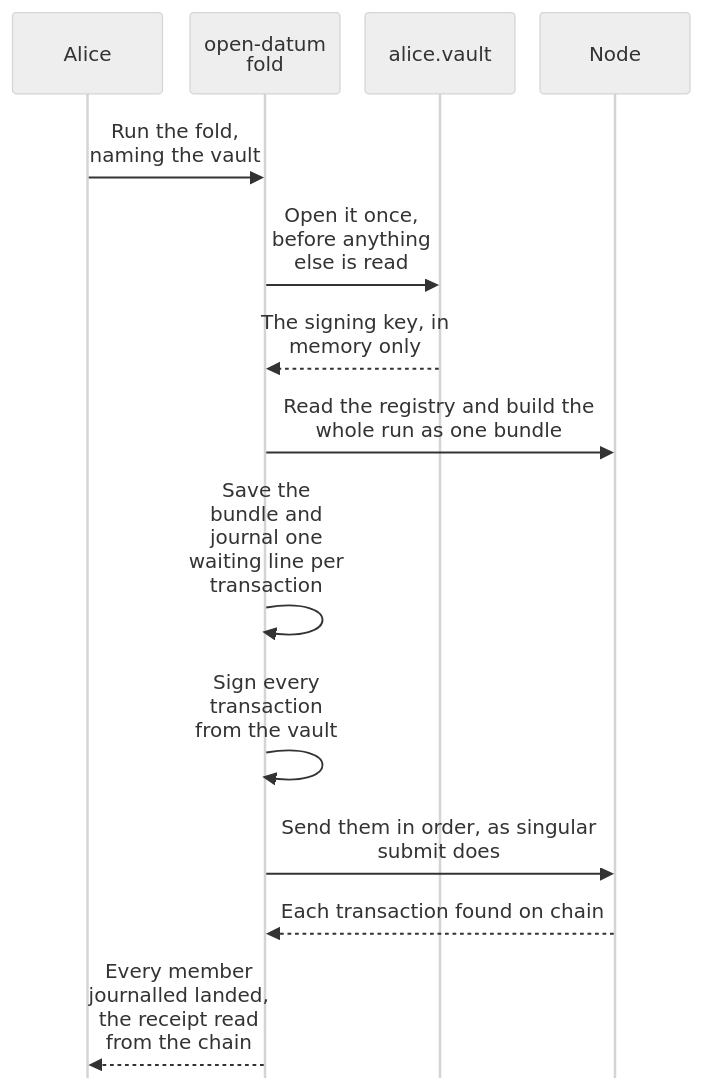
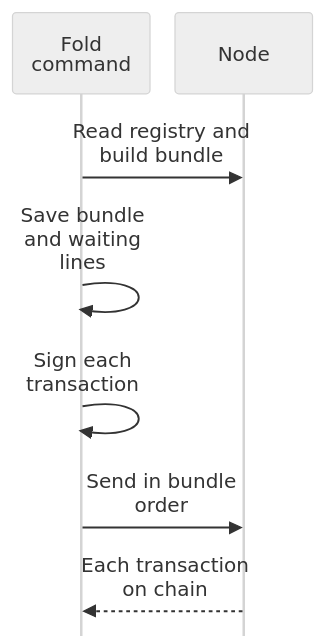
The fifth of 8 diagrams in docs/singular-node.md (lambdasistemi/singular), drawn with Mermaid (neutral theme) before and after one commit. The commit also changed other lines of this file and 7 other files, not shown here.

````diff
--- a/docs/singular-node.md
+++ b/docs/singular-node.md
@@ -502,17 +515,11 @@
 ```mermaid
-%%{init: {'sequence': {'actorMargin': 20, 'width': 120, 'wrap': true, 'mirrorActors': false}}}%%
+%%{init: {'sequence': {'actorMargin': 20, 'width': 110, 'wrap': true, 'mirrorActors': false}}}%%
 sequenceDiagram
-    participant A as Alice
-    participant W as open-datum fold
-    participant V as alice.vault
+    participant W as Fold command
     participant N as Node
-    A->>W: Run the fold, naming the vault
-    W->>V: Open it once, before anything else is read
-    V-->>W: The signing key, in memory only
-    W->>N: Read the registry and build the whole run as one bundle
-    W->>W: Save the bundle and journal one waiting line per transaction
-    W->>W: Sign every transaction from the vault
-    W->>N: Send them in order, as singular submit does
-    N-->>W: Each transaction found on chain
-    W-->>A: Every member journalled landed, the receipt read from the chain
+    W->>N: Read registry and build bundle
+    W->>W: Save bundle and waiting lines
+    W->>W: Sign each transaction
+    W->>N: Send in bundle order
+    N-->>W: Each transaction on chain
 ```
````
